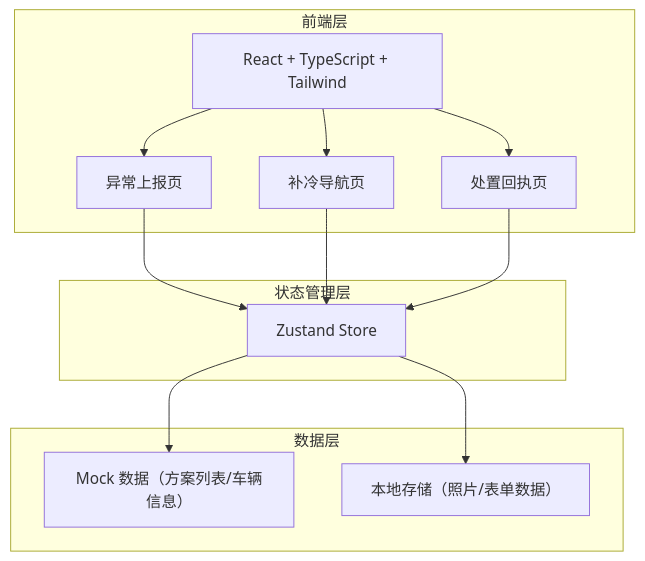
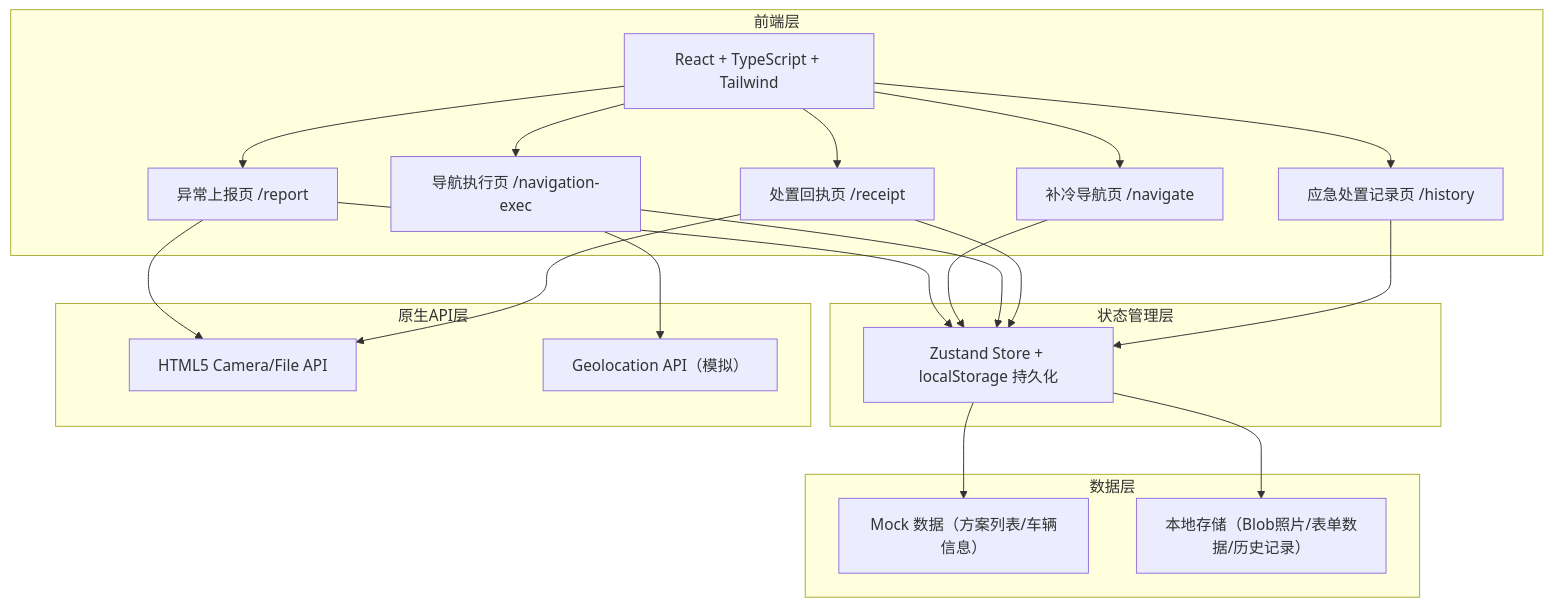
Before and after one commit to 717441128-21699/yy-0623a912397: the first of 2 diagrams in .trae/documents/tech-architecture.md, drawn with Mermaid. The commit also changed other lines of this file and 12 other files, not shown here.

````diff
--- a/.trae/documents/tech-architecture.md
+++ b/.trae/documents/tech-architecture.md
@@ -3,24 +3,37 @@
 ```mermaid
 flowchart TB
     subgraph "前端层"
         A["React + TypeScript + Tailwind"]
-        B["异常上报页"]
-        C["补冷导航页"]
-        D["处置回执页"]
+        B["异常上报页 /report"]
+        C["补冷导航页 /navigate"]
+        D["导航执行页 /navigation-exec"]
+        E["处置回执页 /receipt"]
+        F["应急处置记录页 /history"]
     end
     subgraph "状态管理层"
-        E["Zustand Store"]
+        G["Zustand Store + localStorage 持久化"]
     end
     subgraph "数据层"
-        F["Mock 数据（方案列表/车辆信息）"]
-        G["本地存储（照片/表单数据）"]
+        H["Mock 数据（方案列表/车辆信息）"]
+        I["本地存储（Blob照片/表单数据/历史记录）"]
+    end
+    subgraph "原生API层"
+        J["HTML5 Camera/File API"]
+        K["Geolocation API（模拟）"]
     end
     A --> B
     A --> C
     A --> D
-    B --> E
-    C --> E
-    D --> E
-    E --> F
+    A --> E
+    A --> F
+    B --> G
+    C --> G
+    D --> G
     E --> G
+    F --> G
+    G --> H
+    G --> I
+    B --> J
+    E --> J
+    D --> K
 ```
````
